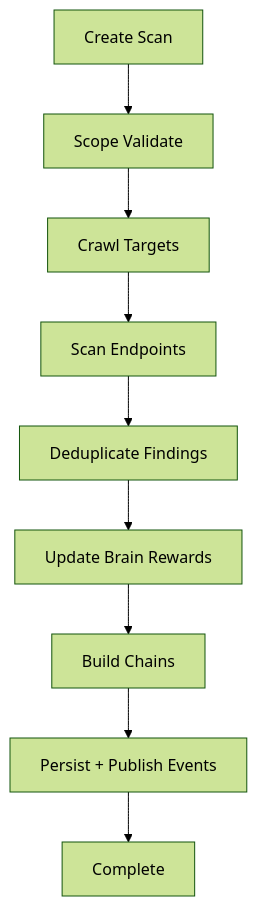
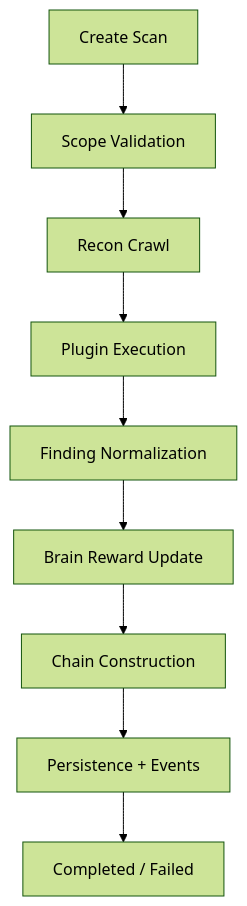
One commit to funbinet/navil changed the diagram in docs/IMPLEMENTATION.md. Above: the diagram before and after it, drawn with Mermaid (forest theme). The commit also changed other lines of this file and 21 other files, not shown here.

````diff
--- a/docs/IMPLEMENTATION.md
+++ b/docs/IMPLEMENTATION.md
@@ -18,11 +20,11 @@
 ```mermaid
 flowchart TD
-  A[Create Scan] --> B[Scope Validate]
-  B --> C[Crawl Targets]
-  C --> D[Scan Endpoints]
-  D --> E[Deduplicate Findings]
-  E --> F[Update Brain Rewards]
-  F --> G[Build Chains]
-  G --> H[Persist + Publish Events]
-  H --> I[Complete]
+  A[Create Scan] --> B[Scope Validation]
+  B --> C[Recon Crawl]
+  C --> D[Plugin Execution]
+  D --> E[Finding Normalization]
+  E --> F[Brain Reward Update]
+  F --> G[Chain Construction]
+  G --> H[Persistence + Events]
+  H --> I[Completed / Failed]
 ```
````
